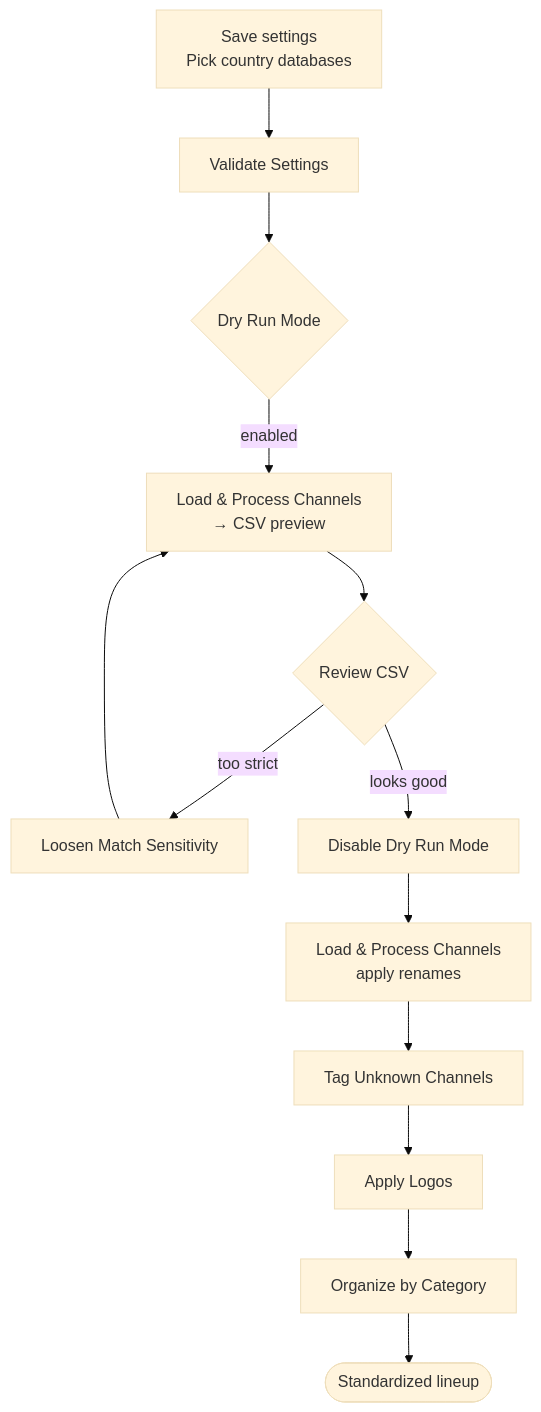
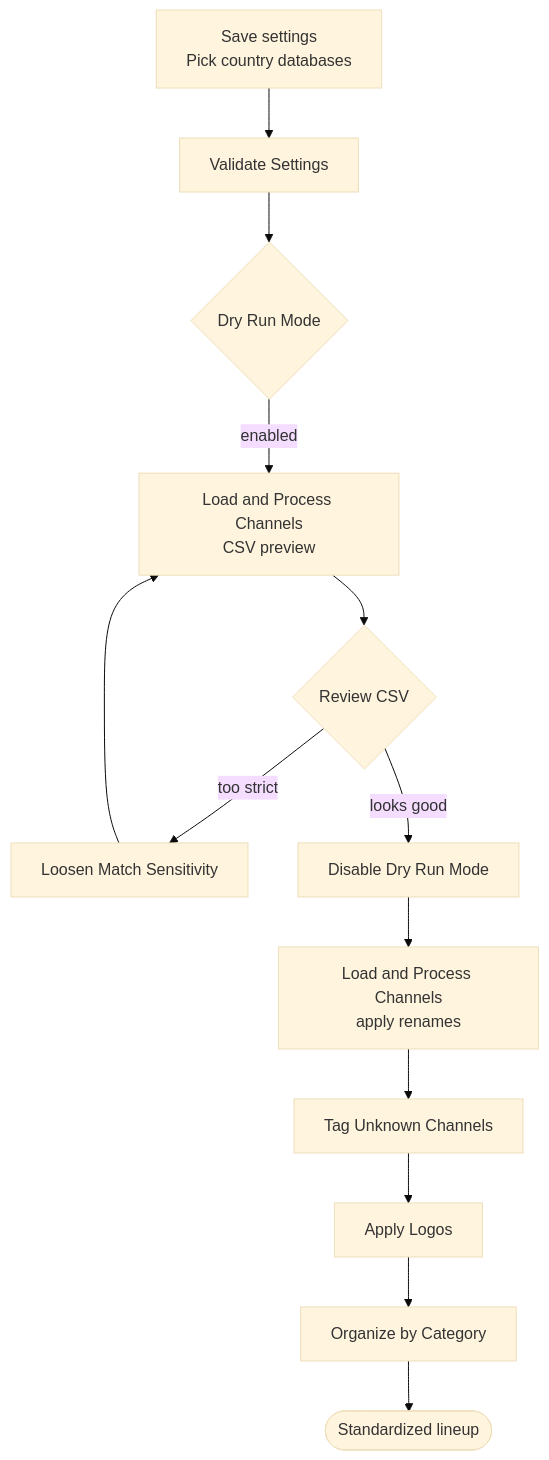
One commit to PiratesIRC/Dispatcharr-Plugin-Workflow changed the diagram in docs/workflow/02-channel-mapparr.md. Above: the diagram before and after it, drawn with Mermaid (base theme). The commit also changed other lines of this file and 7 other files, not shown here.

First line of the commit message:
Fix Mermaid rendering, sidebar nav, and add backup warnings + crontab.guru link

````diff
--- a/docs/workflow/02-channel-mapparr.md
+++ b/docs/workflow/02-channel-mapparr.md
@@ -14,15 +17,15 @@
 ```mermaid
 flowchart TD
-    A[Save settings<br/>Pick country databases] --> B[Validate Settings]
-    B --> C{Dry Run Mode}
-    C -->|enabled| D[Load & Process Channels<br/>→ CSV preview]
-    D --> E{Review CSV}
-    E -->|too strict| F[Loosen Match Sensitivity]
+    A["Save settings<br/>Pick country databases"] --> B["Validate Settings"]
+    B --> C{"Dry Run Mode"}
+    C -->|enabled| D["Load and Process Channels<br/>CSV preview"]
+    D --> E{"Review CSV"}
+    E -->|too strict| F["Loosen Match Sensitivity"]
     F --> D
-    E -->|looks good| G[Disable Dry Run Mode]
-    G --> H[Load & Process Channels<br/>apply renames]
-    H --> I[Tag Unknown Channels]
-    I --> J[Apply Logos]
-    J --> K[Organize by Category]
-    K --> Z([Standardized lineup])
+    E -->|looks good| G["Disable Dry Run Mode"]
+    G --> H["Load and Process Channels<br/>apply renames"]
+    H --> I["Tag Unknown Channels"]
+    I --> J["Apply Logos"]
+    J --> K["Organize by Category"]
+    K --> Z(["Standardized lineup"])
 ```
````
